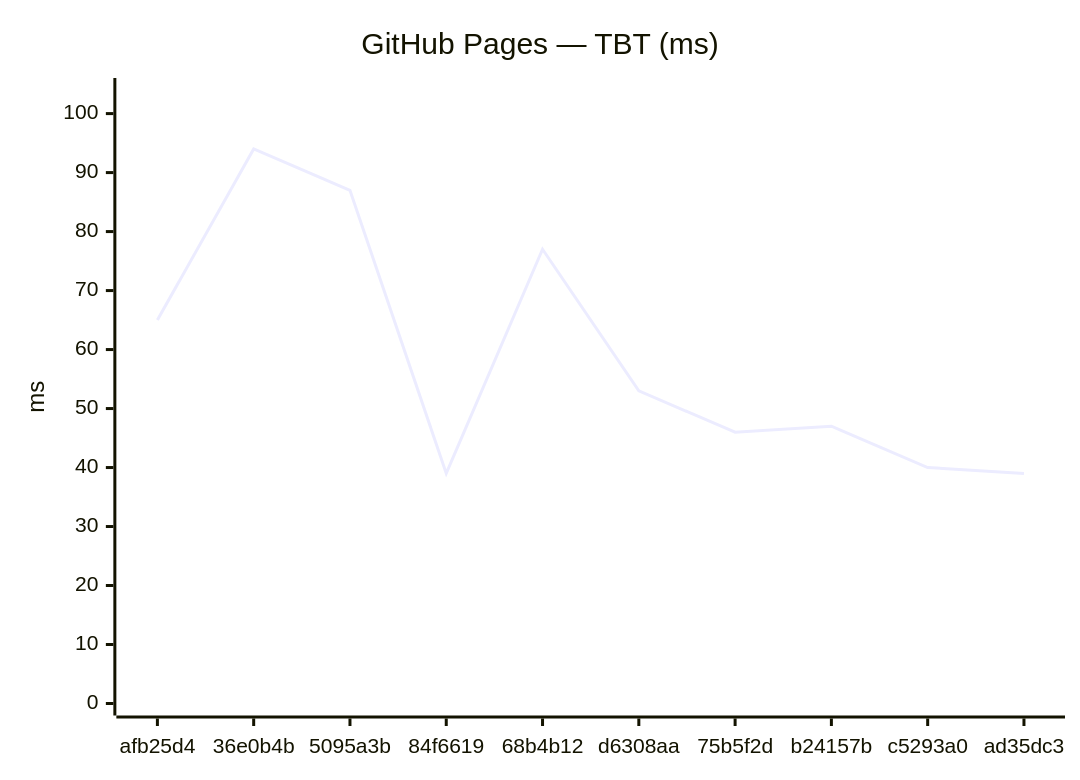
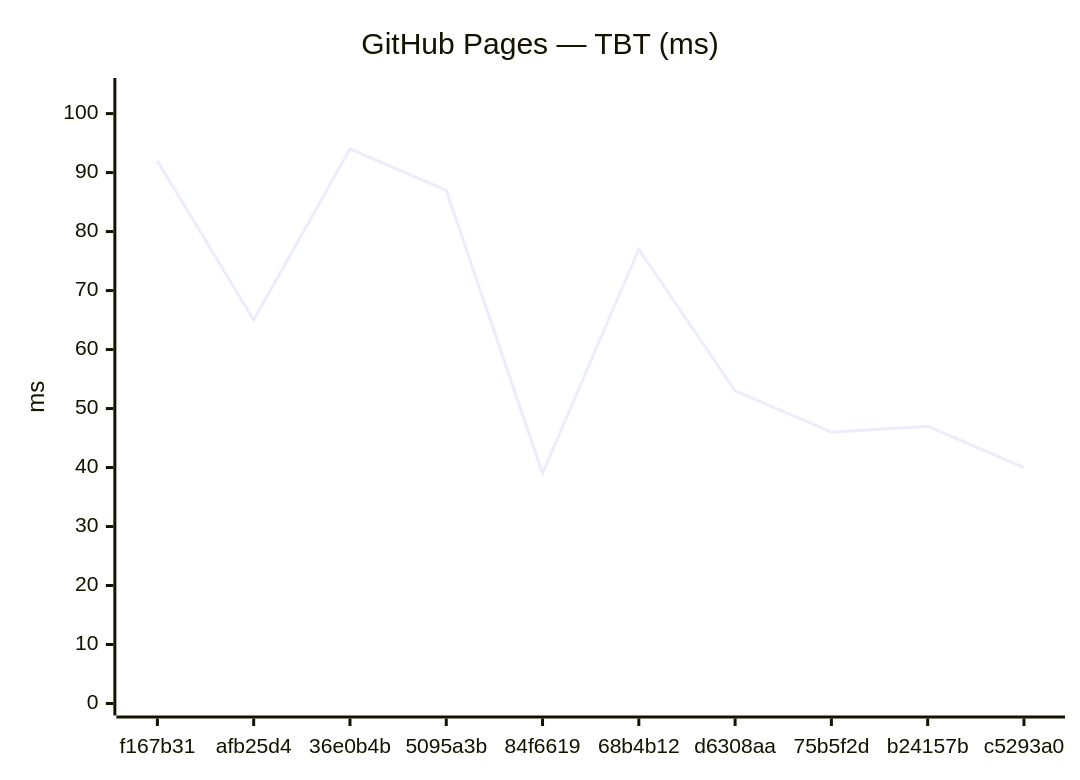
The fourth of 18 diagrams in benchmarks/compare.md (Metaheurist/Rianell), drawn with Mermaid before and after one commit. The commit also changed other lines of this file and 11 other files, not shown here.

````diff
--- a/benchmarks/compare.md
+++ b/benchmarks/compare.md
@@ -61,7 +61,7 @@
 ```mermaid
 xychart-beta
     title "GitHub Pages — TBT (ms)"
-    x-axis ["afb25d4", "36e0b4b", "5095a3b", "84f6619", "68b4b12", "d6308aa", "75b5f2d", "b24157b", "c5293a0", "ad35dc3"]
+    x-axis ["f167b31", "afb25d4", "36e0b4b", "5095a3b", "84f6619", "68b4b12", "d6308aa", "75b5f2d", "b24157b", "c5293a0"]
     y-axis "ms" 0 --> 104
-    line [65, 94, 87, 39, 77, 53, 46, 47, 40, 39]
+    line [92, 65, 94, 87, 39, 77, 53, 46, 47, 40]
 ```
````
